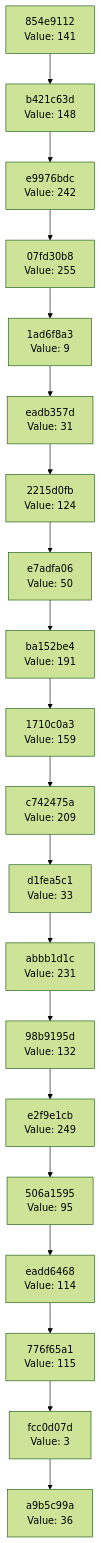
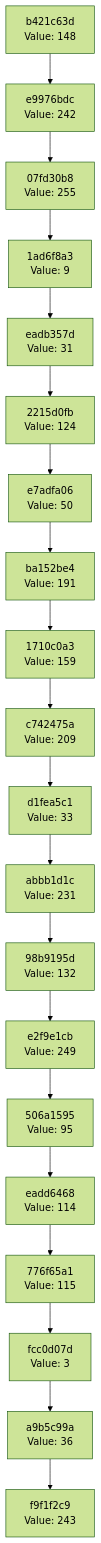
Before and after one commit to Abhisheksinha1506/hash-chain-evolver: the diagram in docs/CHAIN_VISUALIZATION.md, drawn with Mermaid (forest theme). The commit also changed 2 other files, not shown here.

Commit message:
Evolution Step

````diff
--- a/docs/CHAIN_VISUALIZATION.md
+++ b/docs/CHAIN_VISUALIZATION.md
@@ -3,42 +3,42 @@
 ```mermaid
 graph TD
-    C0["a9b5c99a<br/>Value: 36"]
-    C1["fcc0d07d<br/>Value: 3"]
+    C0["f9f1f2c9<br/>Value: 243"]
+    C1["a9b5c99a<br/>Value: 36"]
     C1 --> C0
-    C2["776f65a1<br/>Value: 115"]
+    C2["fcc0d07d<br/>Value: 3"]
     C2 --> C1
-    C3["eadd6468<br/>Value: 114"]
+    C3["776f65a1<br/>Value: 115"]
     C3 --> C2
-    C4["506a1595<br/>Value: 95"]
+    C4["eadd6468<br/>Value: 114"]
     C4 --> C3
-    C5["e2f9e1cb<br/>Value: 249"]
+    C5["506a1595<br/>Value: 95"]
     C5 --> C4
-    C6["98b9195d<br/>Value: 132"]
+    C6["e2f9e1cb<br/>Value: 249"]
     C6 --> C5
-    C7["abbb1d1c<br/>Value: 231"]
+    C7["98b9195d<br/>Value: 132"]
     C7 --> C6
-    C8["d1fea5c1<br/>Value: 33"]
+    C8["abbb1d1c<br/>Value: 231"]
     C8 --> C7
-    C9["c742475a<br/>Value: 209"]
+    C9["d1fea5c1<br/>Value: 33"]
     C9 --> C8
-    C10["1710c0a3<br/>Value: 159"]
+    C10["c742475a<br/>Value: 209"]
     C10 --> C9
-    C11["ba152be4<br/>Value: 191"]
+    C11["1710c0a3<br/>Value: 159"]
     C11 --> C10
-    C12["e7adfa06<br/>Value: 50"]
+    C12["ba152be4<br/>Value: 191"]
     C12 --> C11
-    C13["2215d0fb<br/>Value: 124"]
+    C13["e7adfa06<br/>Value: 50"]
     C13 --> C12
-    C14["eadb357d<br/>Value: 31"]
+    C14["2215d0fb<br/>Value: 124"]
     C14 --> C13
-    C15["1ad6f8a3<br/>Value: 9"]
+    C15["eadb357d<br/>Value: 31"]
     C15 --> C14
-    C16["07fd30b8<br/>Value: 255"]
+    C16["1ad6f8a3<br/>Value: 9"]
     C16 --> C15
-    C17["e9976bdc<br/>Value: 242"]
+    C17["07fd30b8<br/>Value: 255"]
     C17 --> C16
-    C18["b421c63d<br/>Value: 148"]
+    C18["e9976bdc<br/>Value: 242"]
     C18 --> C17
-    C19["854e9112<br/>Value: 141"]
+    C19["b421c63d<br/>Value: 148"]
     C19 --> C18
 ```
````
